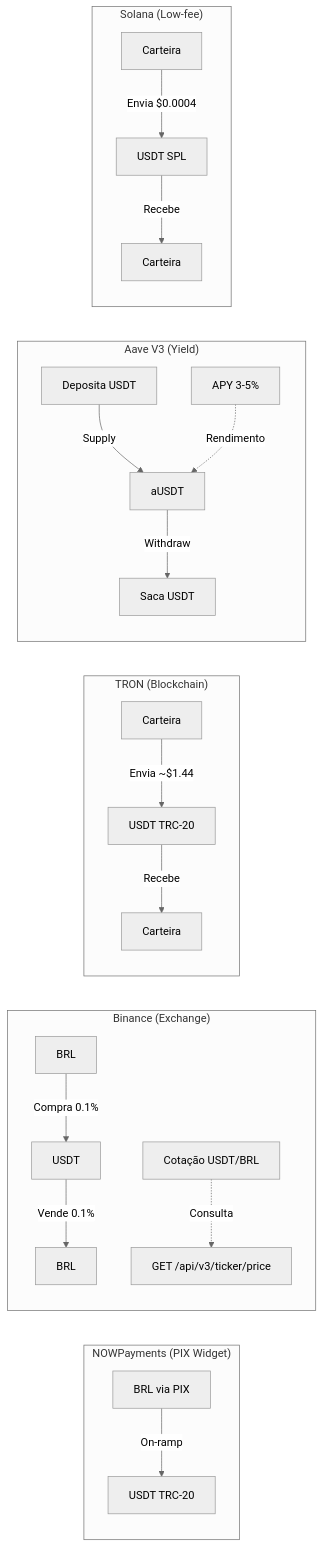
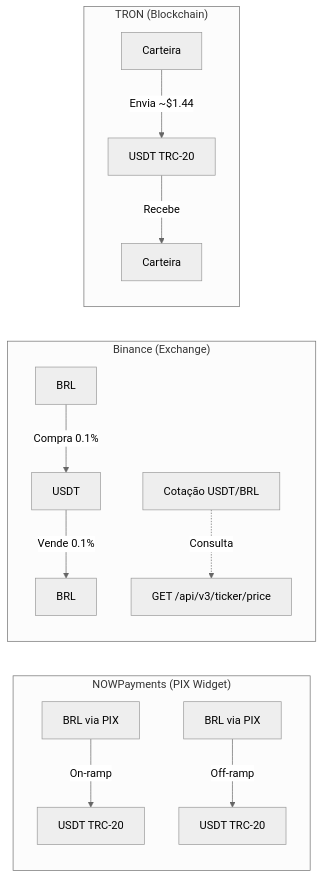
One commit to GabrielHR0/clareo-api changed the second of 6 diagrams in doc/16-DIAGRAMAS.md. Above: the diagram before and after it, drawn with Mermaid (neutral theme). The commit also changed other lines of this file and 7 other files, not shown here.

````diff
--- a/doc/16-DIAGRAMAS.md
+++ b/doc/16-DIAGRAMAS.md
@@ -50,28 +46,18 @@
 ```mermaid
 graph LR
     subgraph "NOWPayments (PIX Widget)"
         N1[BRL via PIX] -->|On-ramp| N2[USDT TRC-20]
+        N3[BRL via PIX] -->|Off-ramp| N4[USDT TRC-20]
     end
 
     subgraph "Binance (Exchange)"
         B1[BRL] -->|Compra 0.1%| B2[USDT]
         B2 -->|Vende 0.1%| B3[BRL]
         B4[Cotação USDT/BRL] -.->|Consulta| B5[GET /api/v3/ticker/price]
     end
 
     subgraph "TRON (Blockchain)"
         T1[Carteira] -->|Envia ~$1.44| T2[USDT TRC-20]
         T2 -->|Recebe| T3[Carteira]
     end
-
-    subgraph "Aave V3 (Yield)"
-        J1[Deposita USDT] -->|Supply| J2[aUSDT]
-        J2 -->|Withdraw| J3[Saca USDT]
-        J4[APY 3-5%] -.->|Rendimento| J2
-    end
-
-    subgraph "Solana (Low-fee)"
-        S1[Carteira] -->|Envia $0.0004| S2[USDT SPL]
-        S2 -->|Recebe| S3[Carteira]
-    end
 ```
````
